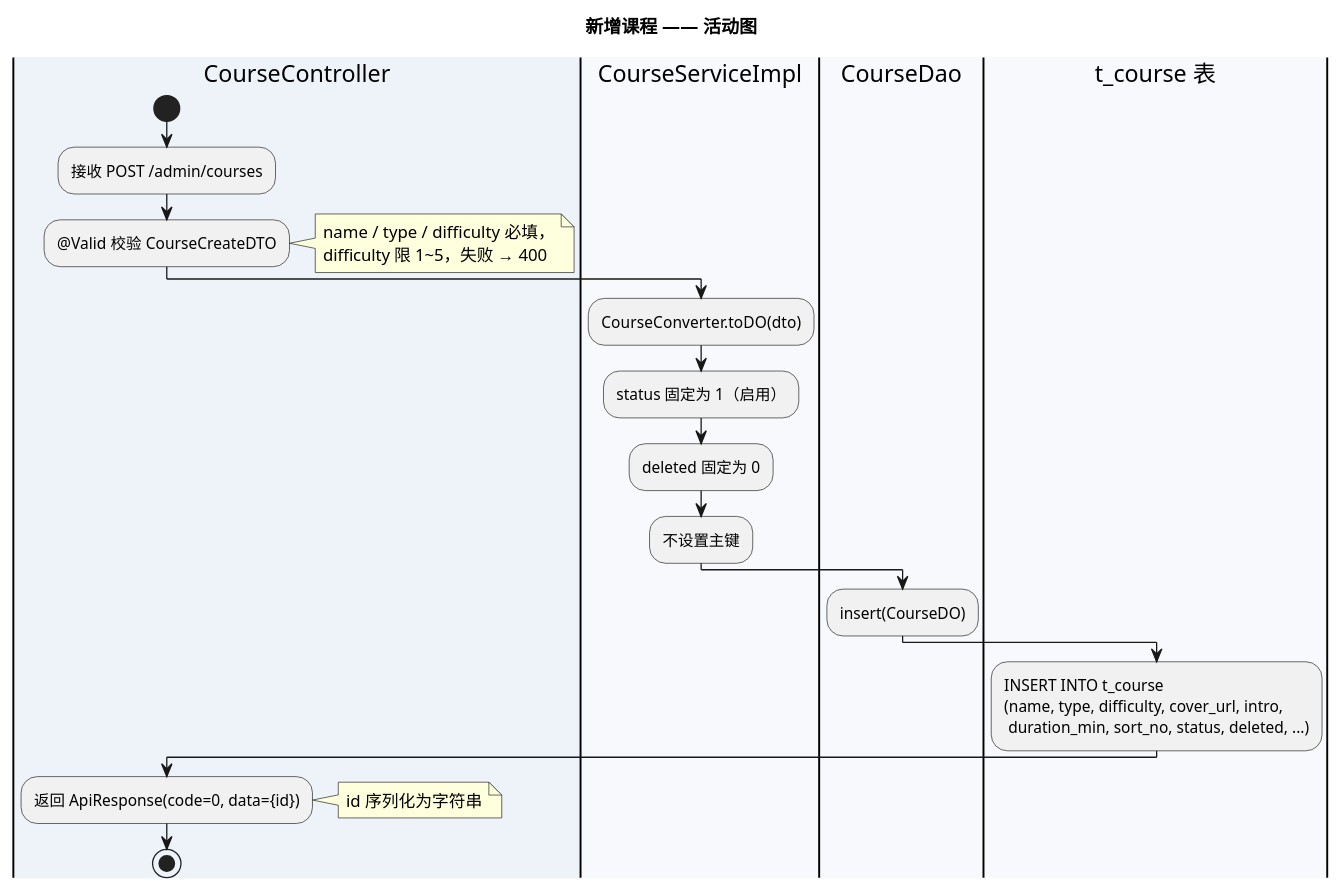
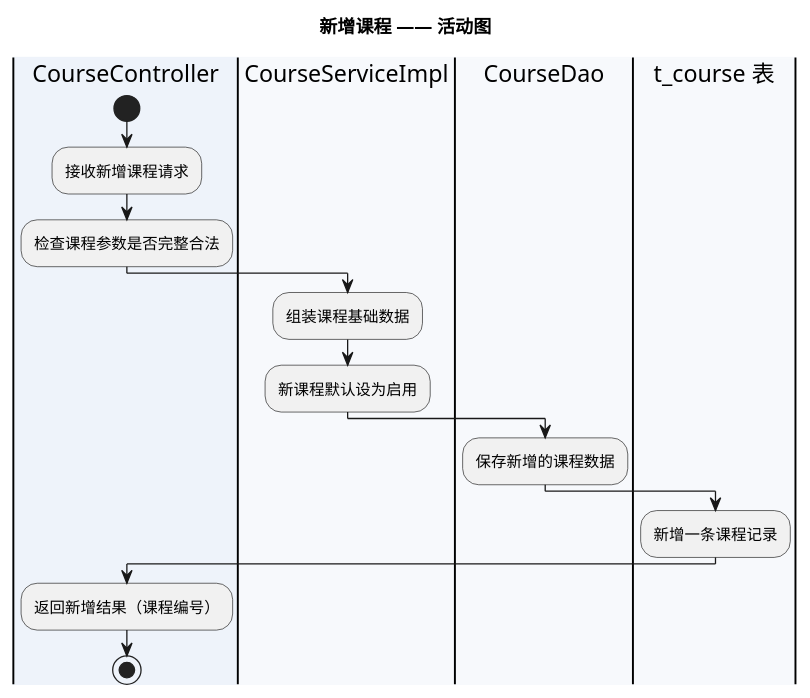
One commit to duo2530/techplant-yoga changed the fourth of 4 diagrams in docs/详细设计/详细设计.md. Above: the diagram before and after it, drawn with PlantUML. The commit also changed other lines of this file and 1 other file, not shown here.

````diff
--- a/docs/详细设计/详细设计.md
+++ b/docs/详细设计/详细设计.md
@@ -1305,26 +1303,20 @@
 ```plantuml
 @startuml
 title 新增课程 —— 活动图
 skinparam defaultFontName Microsoft YaHei
 |#EEF3FA|CourseController|
 start
-:接收 POST /admin/courses;
-:@Valid 校验 CourseCreateDTO;
-note right: name / type / difficulty 必填，\ndifficulty 限 1~5，失败 → 400
+:接收新增课程请求;
+:检查课程参数是否完整合法;
 |#F7F9FC|CourseServiceImpl|
-:CourseConverter.toDO(dto);
-:status 固定为 1（启用）;
-:deleted 固定为 0;
-:不设置主键;
+:组装课程基础数据;
+:新课程默认设为启用;
 |#F7F9FC|CourseDao|
-:insert(CourseDO);
+:保存新增的课程数据;
 |#F7F9FC|t_course 表|
-:INSERT INTO t_course
-(name, type, difficulty, cover_url, intro,
- duration_min, sort_no, status, deleted, ...);
+:新增一条课程记录;
 |#EEF3FA|CourseController|
-:返回 ApiResponse(code=0, data={id});
-note right: id 序列化为字符串
+:返回新增结果（课程编号）;
 stop
 @enduml
 ```
````
